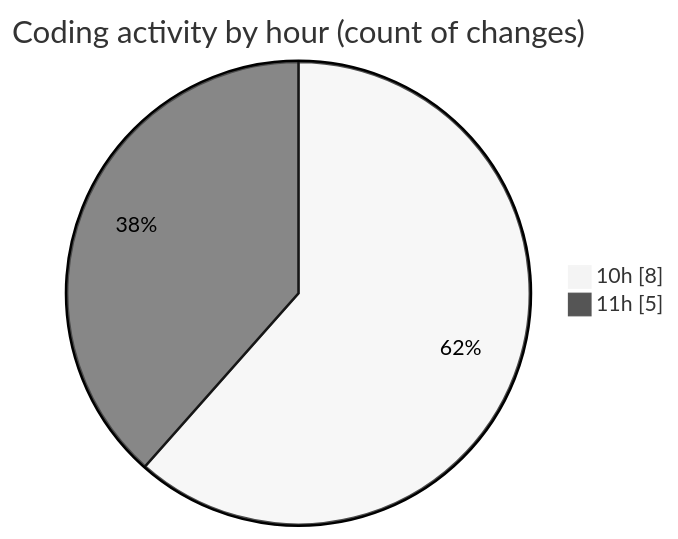
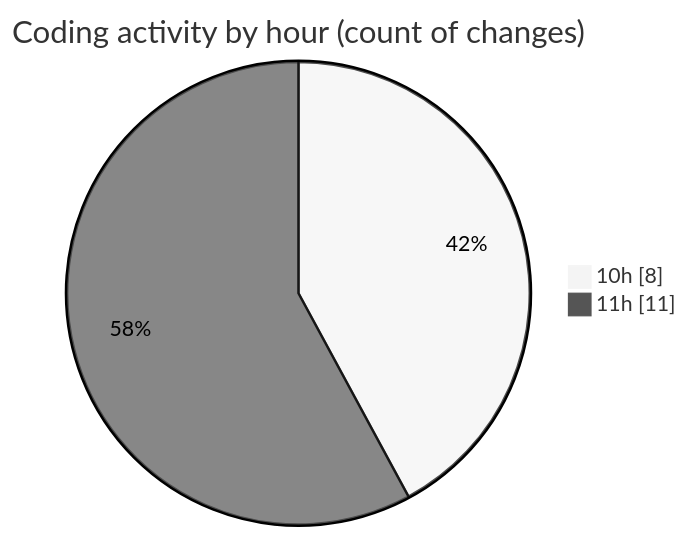
Before and after one commit to momahboobian/code-tracking: the second of 2 diagrams in 2026-10-13/cda/README.md, drawn with Mermaid (neutral theme). The commit also changed other lines of this file and 1 other file, not shown here.

````diff
--- a/2026-10-13/cda/README.md
+++ b/2026-10-13/cda/README.md
@@ -40,6 +40,6 @@
 ```mermaid
 pie showData
 title Coding activity by hour (count of changes)
 "10h" : 8
-"11h" : 5
+"11h" : 11
 ```
````
